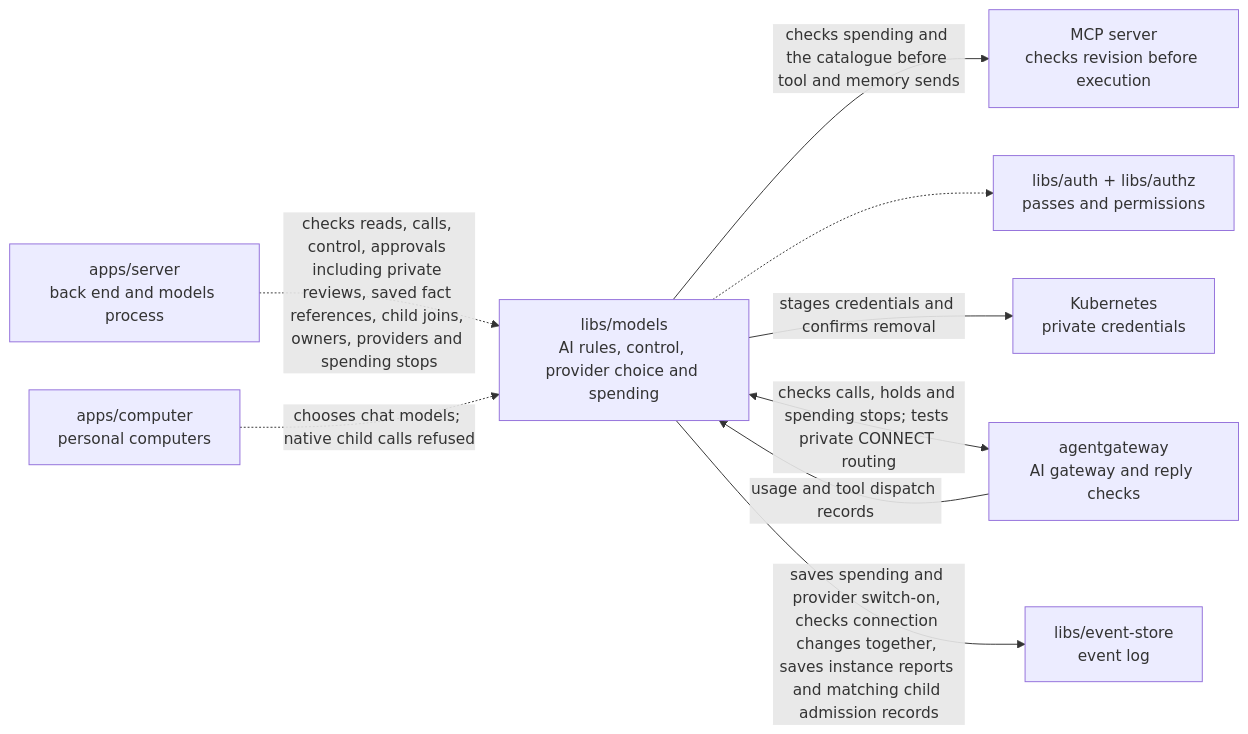
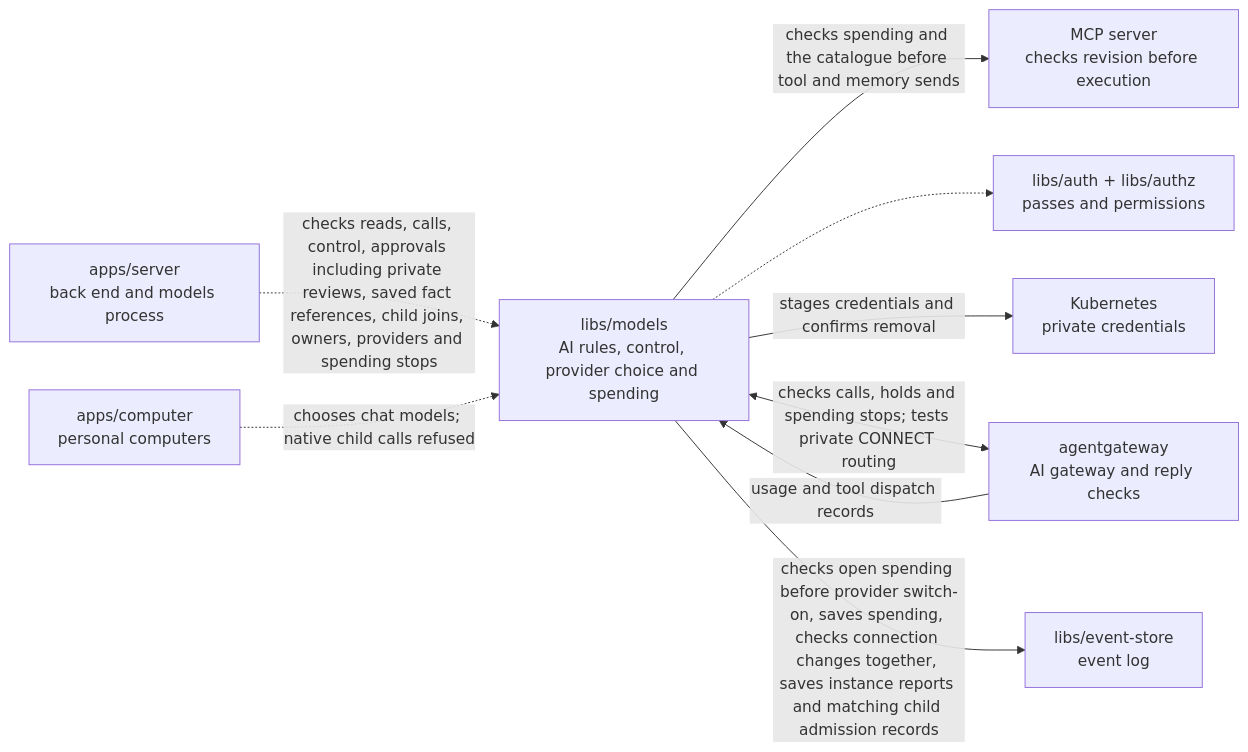
The diagram in libs/models/README.md (elewa-git/opencrane-new), drawn with Mermaid before and after one commit. The commit also changed other lines of this file and 4 other files, not shown here.

Commit message:
🔒 Require settled holds and sends before provider switch-on

````diff
--- a/libs/models/README.md
+++ b/libs/models/README.md
@@ -14,11 +14,11 @@
 ```mermaid
 flowchart LR
   server["apps/server<br/>back end and models process"] -.->|checks reads, calls, control, approvals including private reviews, saved fact references, child joins, owners, providers and spending stops| models["libs/models<br/>AI rules, control, provider choice and spending"]
   models -->|checks spending and the catalogue before tool and memory sends| mcp["MCP server<br/>checks revision before execution"]
   computer["apps/computer<br/>personal computers"] -.->|chooses chat models; native child calls refused| models
   models -.-> auth["libs/auth + libs/authz<br/>passes and permissions"]
   models -->|stages credentials and confirms removal| custody["Kubernetes<br/>private credentials"]
   models <-->|checks calls, holds and spending stops; tests private CONNECT routing| gateway["agentgateway<br/>AI gateway and reply checks"]
   gateway -->|usage and tool dispatch records| models
-  models -->|saves spending and provider switch-on, checks connection changes together, saves instance reports and matching child admission records| store["libs/event-store<br/>event log"]
+  models -->|checks open spending before provider switch-on, saves spending, checks connection changes together, saves instance reports and matching child admission records| store["libs/event-store<br/>event log"]
 ```
````
